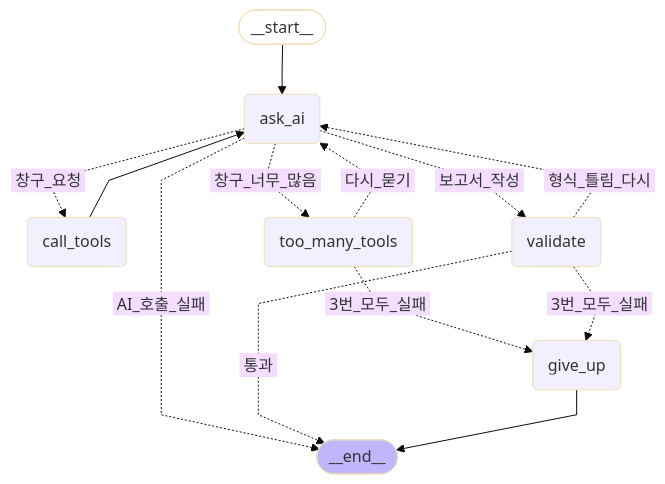
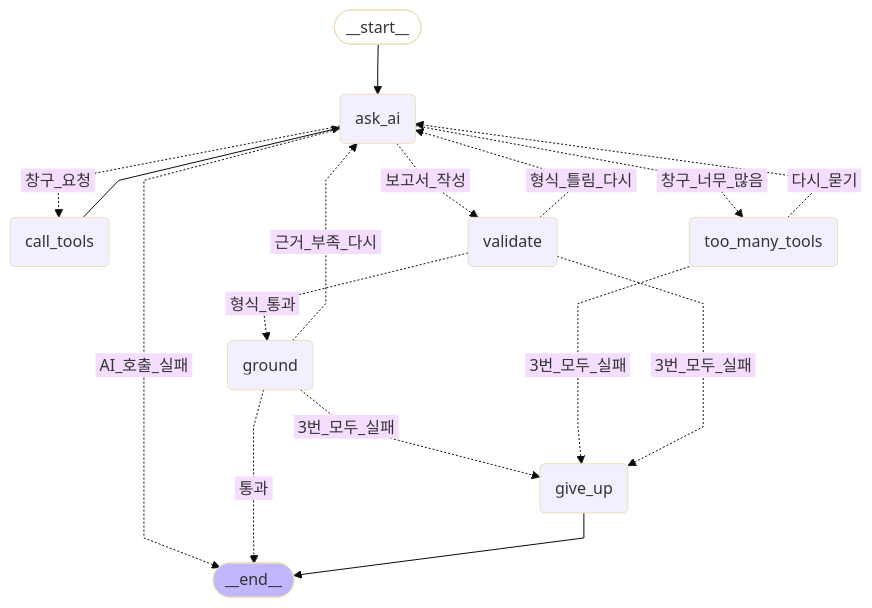
One commit to HyunGyu-Cho/DonWorry changed the diagram in docs/ai-server/investigation-graph.md. Above: the diagram before and after it, drawn with Mermaid (base theme). The commit also changed other lines of this file and 12 other files, not shown here.

````diff
--- a/docs/ai-server/investigation-graph.md
+++ b/docs/ai-server/investigation-graph.md
@@ -17,30 +20,34 @@
 ```mermaid
 ---
 config:
   flowchart:
     curve: linear
 ---
 graph TD;
 	__start__([<p>__start__</p>]):::first
 	ask_ai(ask_ai)
 	call_tools(call_tools)
 	too_many_tools(too_many_tools)
 	validate(validate)
+	ground(ground)
 	give_up(give_up)
 	__end__([<p>__end__</p>]):::last
 	__start__ --> ask_ai;
 	ask_ai -. &nbsp;AI_호출_실패&nbsp; .-> __end__;
 	ask_ai -. &nbsp;창구_요청&nbsp; .-> call_tools;
 	ask_ai -. &nbsp;창구_너무_많음&nbsp; .-> too_many_tools;
 	ask_ai -. &nbsp;보고서_작성&nbsp; .-> validate;
 	call_tools --> ask_ai;
+	ground -. &nbsp;통과&nbsp; .-> __end__;
+	ground -. &nbsp;근거_부족_다시&nbsp; .-> ask_ai;
+	ground -. &nbsp;3번_모두_실패&nbsp; .-> give_up;
 	too_many_tools -. &nbsp;다시_묻기&nbsp; .-> ask_ai;
 	too_many_tools -. &nbsp;3번_모두_실패&nbsp; .-> give_up;
-	validate -. &nbsp;통과&nbsp; .-> __end__;
 	validate -. &nbsp;형식_틀림_다시&nbsp; .-> ask_ai;
 	validate -. &nbsp;3번_모두_실패&nbsp; .-> give_up;
+	validate -. &nbsp;형식_통과&nbsp; .-> ground;
 	give_up --> __end__;
 	classDef default fill:#f2f0ff,line-height:1.2
 	classDef first fill-opacity:0
 	classDef last fill:#bfb6fc
 ```
````
